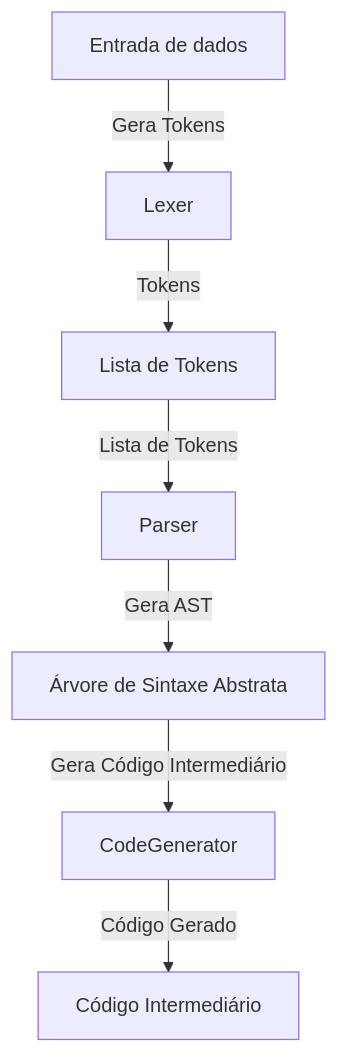
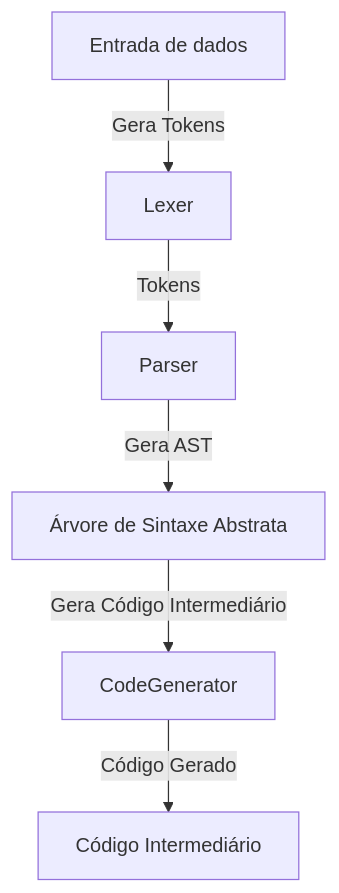
One commit to feliperafaldini/compiladores-4-semestre changed the diagram in README.md. Above: the diagram before and after it, drawn with Mermaid.

````diff
--- a/README.md
+++ b/README.md
@@ -104,11 +104,10 @@
 ```mermaid
   flowchart TD
   data["Entrada de dados"] -->|Gera Tokens| Lexer[Lexer]
-  Lexer -->|Tokens| Tokens[Lista de Tokens]
-  Tokens -->|Lista de Tokens| Parser[Parser]
+  Lexer -->|Tokens| Parser
   Parser -->|Gera AST| AST[Árvore de Sintaxe Abstrata]
   AST -->|Gera Código Intermediário| CodeGenerator[CodeGenerator]
   CodeGenerator -->|Código Gerado| GeneratedCode[Código Intermediário]
 
   class Lexer,Tokens,Parser,CodeGenerator,GeneratedCode,AST,data internal
 ```
````
